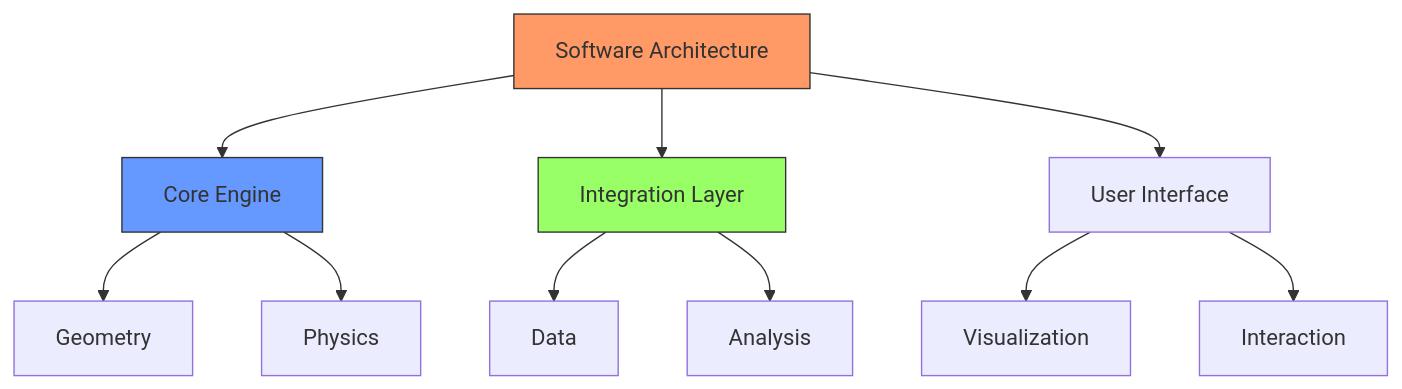
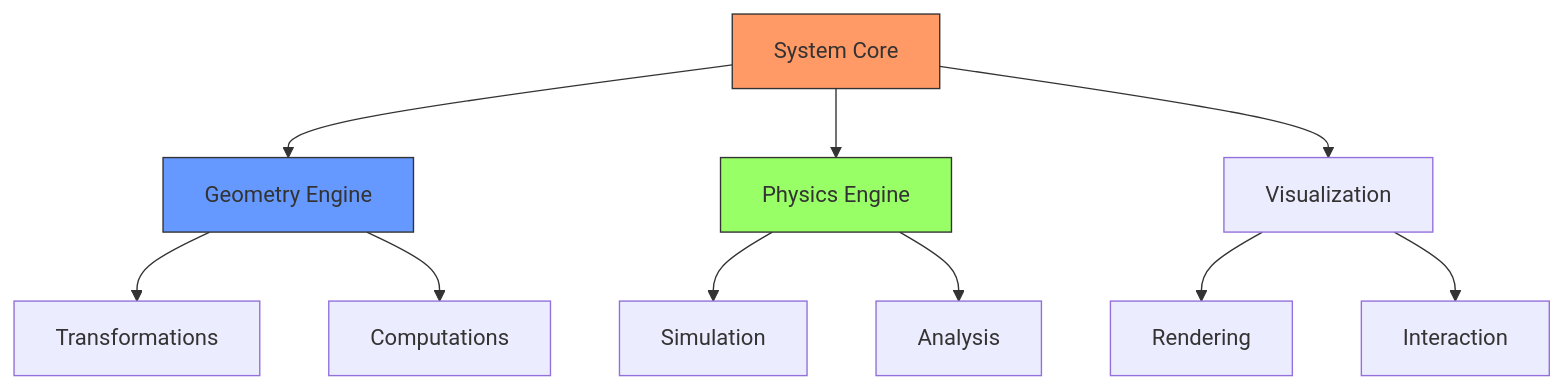
One commit to docxology/School_of_Tomorrow changed diagram 15 of 16 in concepts/4D.md. Above: the diagram before and after it, drawn with Mermaid. The commit also changed other lines of this file and 8 other files, not shown here.

````diff
--- a/concepts/4D.md
+++ b/concepts/4D.md
@@ -539,19 +736,19 @@
 ```mermaid
 graph TD
-    A[Software Architecture] --> B[Core Engine]
-    A --> C[Integration Layer]
-    A --> D[User Interface]
+    A[System Core] --> B[Geometry Engine]
+    A --> C[Physics Engine]
+    A --> D[Visualization]
     
-    B --> E[Geometry]
-    B --> F[Physics]
+    B --> E[Transformations]
+    B --> F[Computations]
     
-    C --> G[Data]
+    C --> G[Simulation]
     C --> H[Analysis]
     
-    D --> I[Visualization]
+    D --> I[Rendering]
     D --> J[Interaction]
     
     style A fill:#f96,stroke:#333
     style B fill:#69f,stroke:#333
     style C fill:#9f6,stroke:#333
 ```
````
